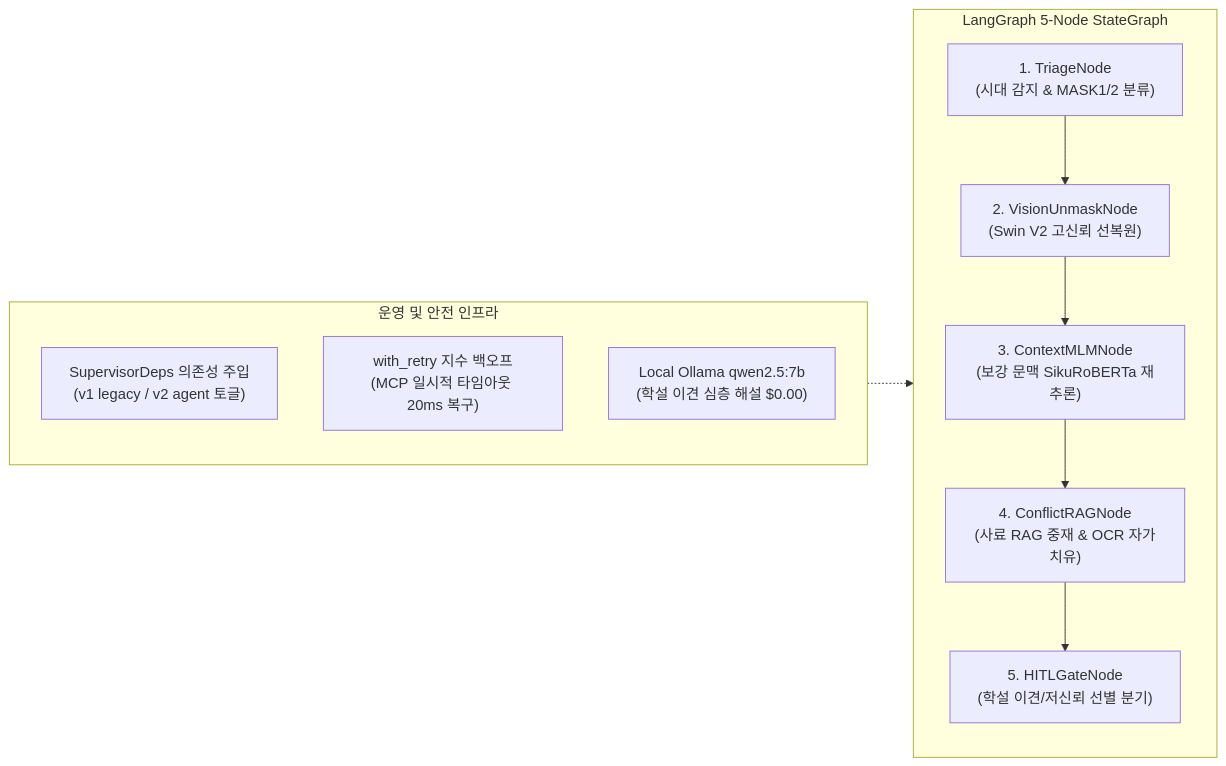
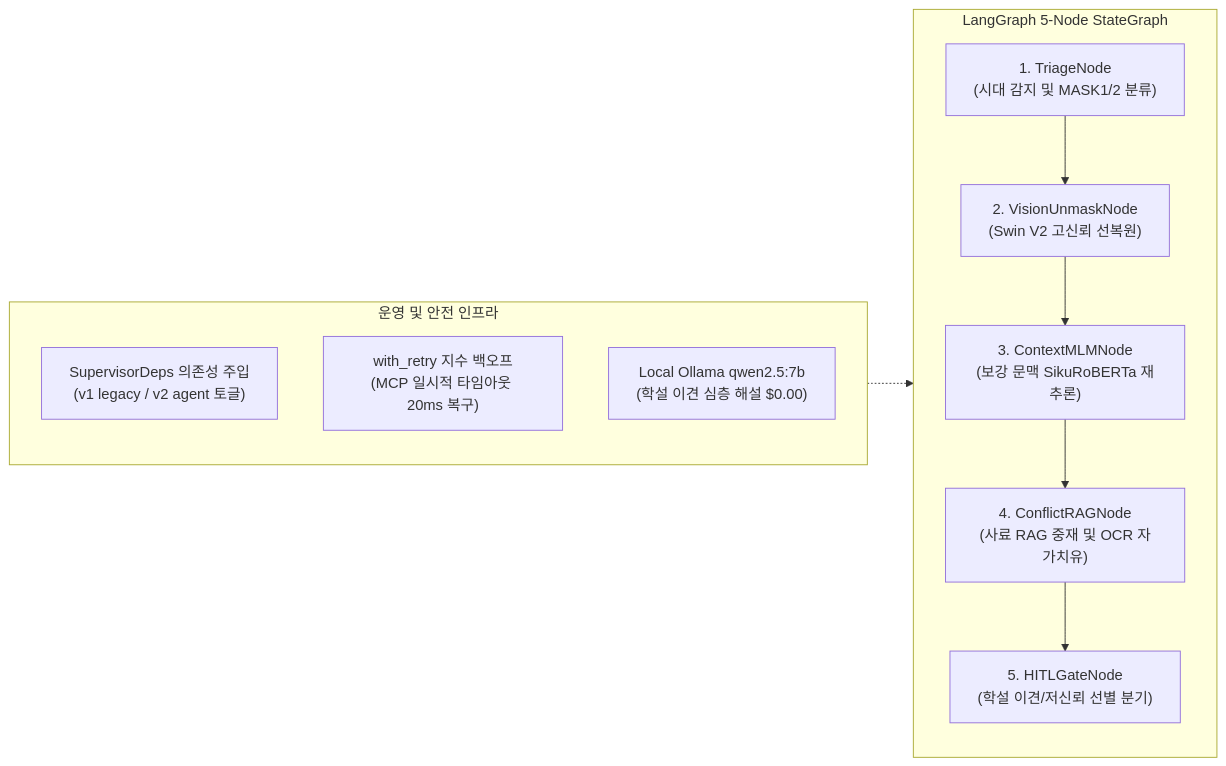
Before and after one commit to rntqkdl/epitext-ai-agent: the second of 2 diagrams in README.md, drawn with Mermaid. The commit also changed other lines of this file and 5 other files, not shown here.

````diff
--- a/README.md
+++ b/README.md
@@ -118,17 +126,17 @@
 ```mermaid
 flowchart LR
     subgraph Core["LangGraph 5-Node StateGraph"]
-        N1["1. TriageNode\n(시대 감지 & MASK1/2 분류)"] --> N2["2. VisionUnmaskNode\n(Swin V2 고신뢰 선복원)"]
+        N1["1. TriageNode\n(시대 감지 및 MASK1/2 분류)"] --> N2["2. VisionUnmaskNode\n(Swin V2 고신뢰 선복원)"]
         N2 --> N3["3. ContextMLMNode\n(보강 문맥 SikuRoBERTa 재추론)"]
-        N3 --> N4["4. ConflictRAGNode\n(사료 RAG 중재 & OCR 자가치유)"]
+        N3 --> N4["4. ConflictRAGNode\n(사료 RAG 중재 및 OCR 자가치유)"]
         N4 --> N5["5. HITLGateNode\n(학설 이견/저신뢰 선별 분기)"]
     end
 
     subgraph Infra["운영 및 안전 인프라"]
         I1["SupervisorDeps 의존성 주입\n(v1 legacy / v2 agent 토글)"]
         I2["with_retry 지수 백오프\n(MCP 일시적 타임아웃 20ms 복구)"]
         I3["Local Ollama qwen2.5:7b\n(학설 이견 심층 해설 $0.00)"]
     end
 
     Infra -.-> Core
 ```
````
